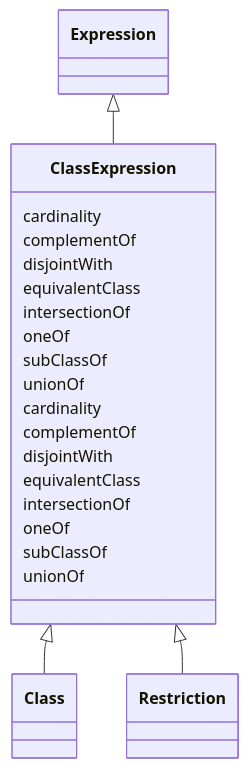
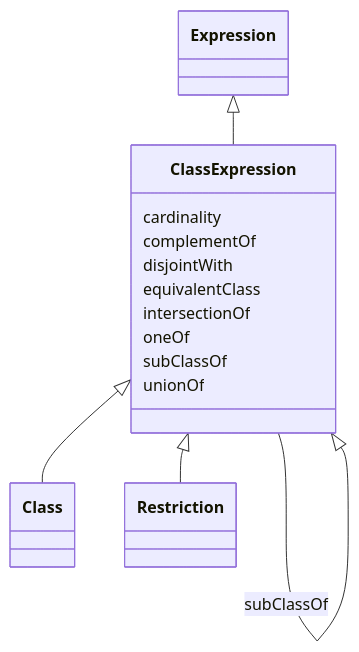
The diagram in ontology-metadata/ClassExpression.md (cthoyt/ontology-access-kit), drawn with Mermaid before and after one commit. The commit also changed other lines of this file and 3287 other files, not shown here.

````diff
--- a/ontology-metadata/ClassExpression.md
+++ b/ontology-metadata/ClassExpression.md
@@ -9,28 +9,36 @@
 ```{mermaid}
  classDiagram
     class ClassExpression
       Expression <|-- ClassExpression
       
-      ClassExpression : cardinality
-      ClassExpression : complementOf
-      ClassExpression : disjointWith
-      ClassExpression : equivalentClass
-      ClassExpression : intersectionOf
-      ClassExpression : oneOf
-      ClassExpression : subClassOf
-      ClassExpression : unionOf
-      
 
       ClassExpression <|-- Class
       ClassExpression <|-- Restriction
       
+      
       ClassExpression : cardinality
+        
       ClassExpression : complementOf
+        
       ClassExpression : disjointWith
+        
       ClassExpression : equivalentClass
+        
+          ClassExpression --|> ClassExpression : equivalentClass
+        
       ClassExpression : intersectionOf
+        
+          ClassExpression --|> ClassExpression : intersectionOf
+        
       ClassExpression : oneOf
+        
+          ClassExpression --|> ClassExpression : oneOf
+        
       ClassExpression : subClassOf
+        
+          ClassExpression --|> ClassExpression : subClassOf
+        
       ClassExpression : unionOf
+        
       
 ```
````
